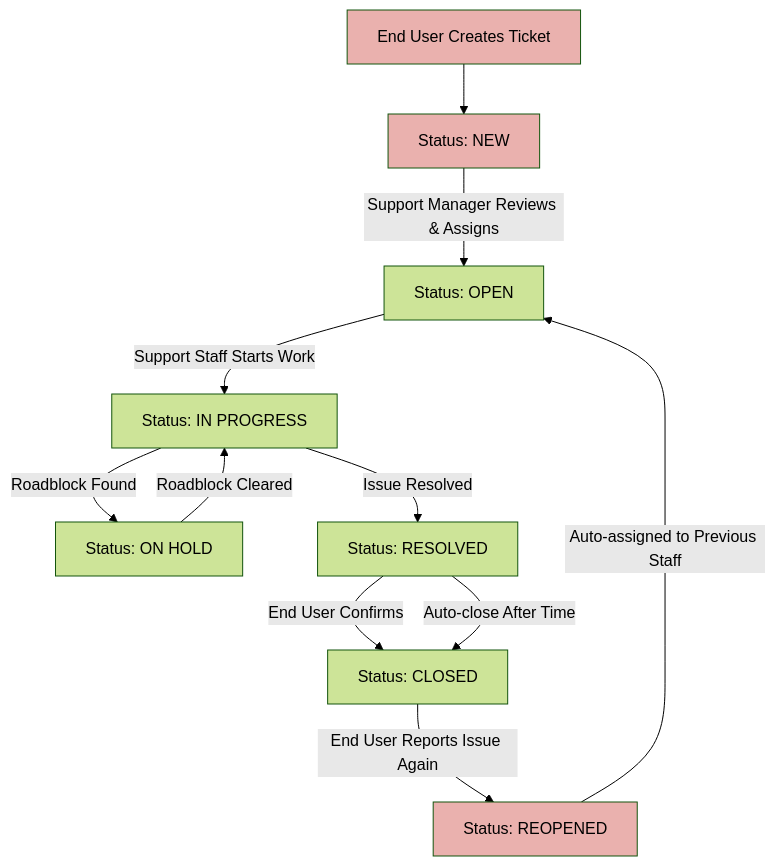
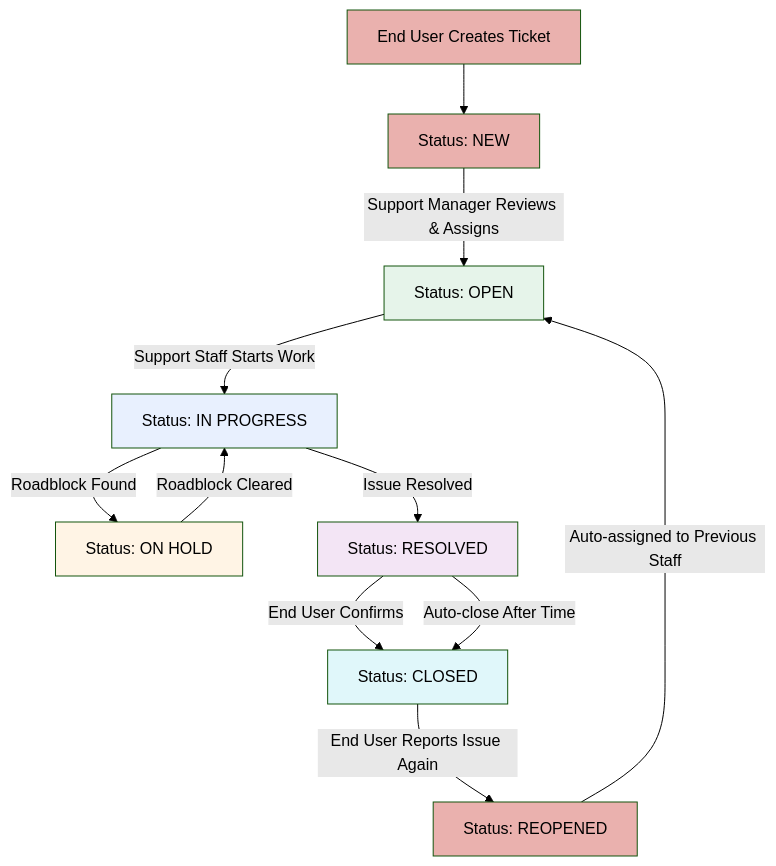
The seventh of 7 diagrams in NTG-Ticket-User Guide.md (salmanb74-dev/ntg-ticket), drawn with Mermaid (forest theme) before and after one commit. The commit also changed other lines of this file, not shown here.

````diff
--- a/NTG-Ticket-User Guide.md
+++ b/NTG-Ticket-User Guide.md
@@ -273,24 +298,29 @@
 ```mermaid
 flowchart TD
     Start[End User Creates Ticket] --> New[Status: NEW]
     
     New -->|Support Manager Reviews & Assigns| Open[Status: OPEN]
     
     Open -->|Support Staff Starts Work| InProgress[Status: IN PROGRESS]
     
     InProgress -->|Roadblock Found| OnHold[Status: ON HOLD]
     InProgress -->|Issue Resolved| Resolved[Status: RESOLVED]
     
     OnHold -->|Roadblock Cleared| InProgress
     
     Resolved -->|End User Confirms| Closed[Status: CLOSED]
     Resolved -->|Auto-close After Time| Closed
     
     Closed -->|End User Reports Issue Again| Reopened[Status: REOPENED]
     
     Reopened -->|Auto-assigned to Previous Staff| Open
     
     style Start fill:#EAB1AE
     style New fill:#EAB1AE
+    style Open fill:#E6F4EA
+    style InProgress fill:#E8F0FE
+    style OnHold fill:#FFF4E5
+    style Resolved fill:#F3E5F5
+    style Closed fill:#E0F7FA
     style Reopened fill:#EAB1AE
 ```
````
